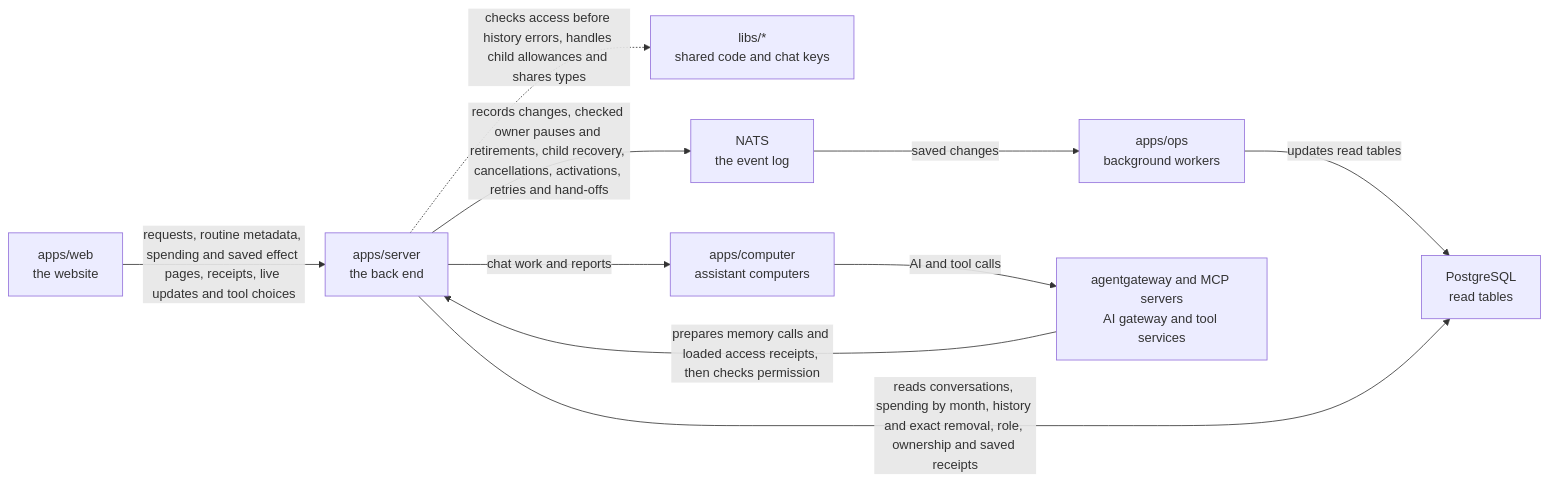
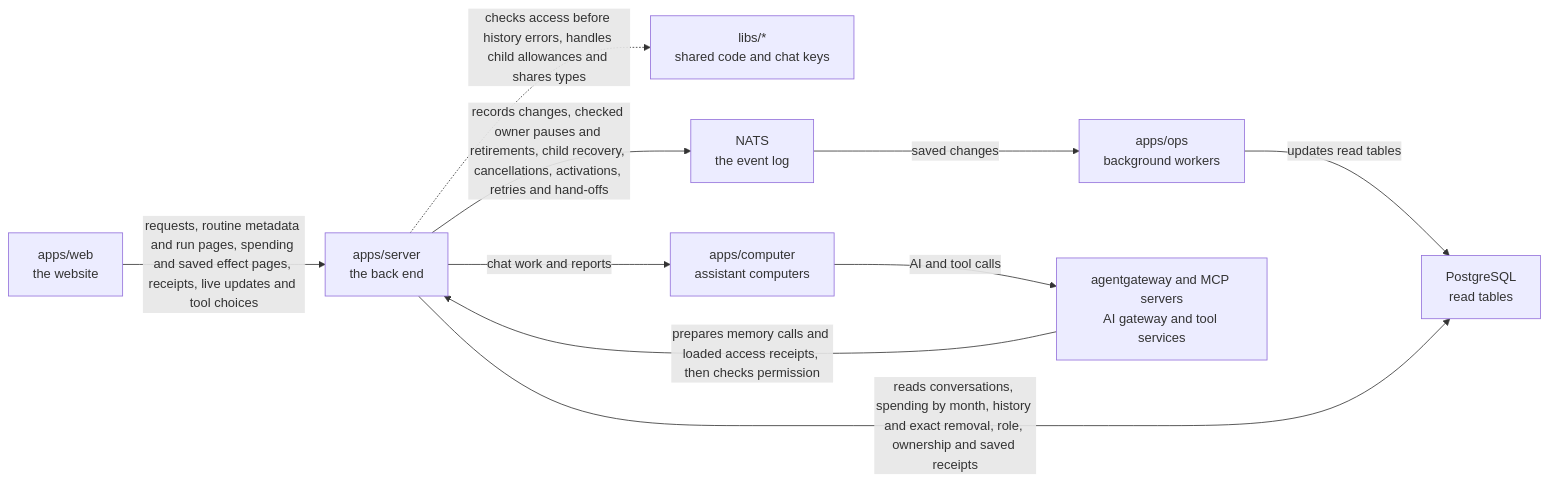
Before and after one commit to elewa-git/opencrane-new: the diagram in apps/server/README.md, drawn with Mermaid. The commit also changed other lines of this file and 8 other files, not shown here.

Commit message:
📖 Read bounded routine occurrence metadata safely

````diff
--- a/apps/server/README.md
+++ b/apps/server/README.md
@@ -50,12 +50,12 @@
 ```mermaid
 flowchart LR
-  web["apps/web<br/>the website"] -->|requests, routine metadata, spending and saved effect pages, receipts, live updates and tool choices| server["apps/server<br/>the back end"]
+  web["apps/web<br/>the website"] -->|requests, routine metadata and run pages, spending and saved effect pages, receipts, live updates and tool choices| server["apps/server<br/>the back end"]
   server -.->|checks access before history errors, handles child allowances and shares types| libs["libs/*<br/>shared code and chat keys"]
   server -->|records changes, checked owner pauses and retirements, child recovery, cancellations, activations, retries and hand-offs| nats["NATS<br/>the event log"]
   nats -->|saved changes| ops["apps/ops<br/>background workers"]
   ops -->|updates read tables| postgres["PostgreSQL<br/>read tables"]
   server -->|reads conversations, spending by month, history and exact removal, role, ownership and saved receipts| postgres
   server -->|chat work and reports| computer["apps/computer<br/>assistant computers"]
   computer -->|AI and tool calls| runtime["agentgateway and MCP servers<br/>AI gateway and tool services"]
   runtime -->|prepares memory calls and loaded access receipts, then checks permission| server
 ```
````
